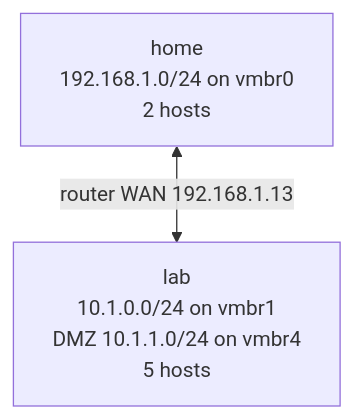
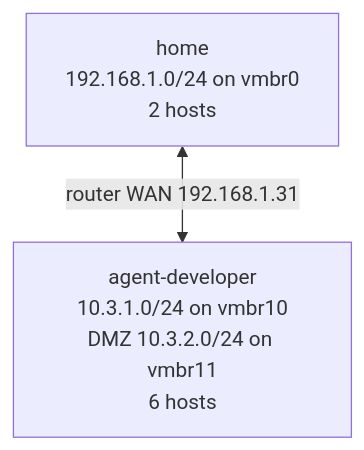
The diagram in docs/network-diagrams/README.md (mwgolden/nixos), drawn with Mermaid before and after one commit. The commit also changed other lines of this file and 52 other files, not shown here.

````diff
--- a/docs/network-diagrams/README.md
+++ b/docs/network-diagrams/README.md
@@ -10,6 +10,6 @@
 ```mermaid
 flowchart TB
+    n_agent_developer["agent-developer<br/>10.3.1.0/24 on vmbr10<br/>DMZ 10.3.2.0/24 on vmbr11<br/>6 hosts"]
     n_home["home<br/>192.168.1.0/24 on vmbr0<br/>2 hosts"]
-    n_lab["lab<br/>10.1.0.0/24 on vmbr1<br/>DMZ 10.1.1.0/24 on vmbr4<br/>5 hosts"]
-    n_home <-->|"router WAN 192.168.1.13"| n_lab
+    n_home <-->|"router WAN 192.168.1.31"| n_agent_developer
 ```
````
